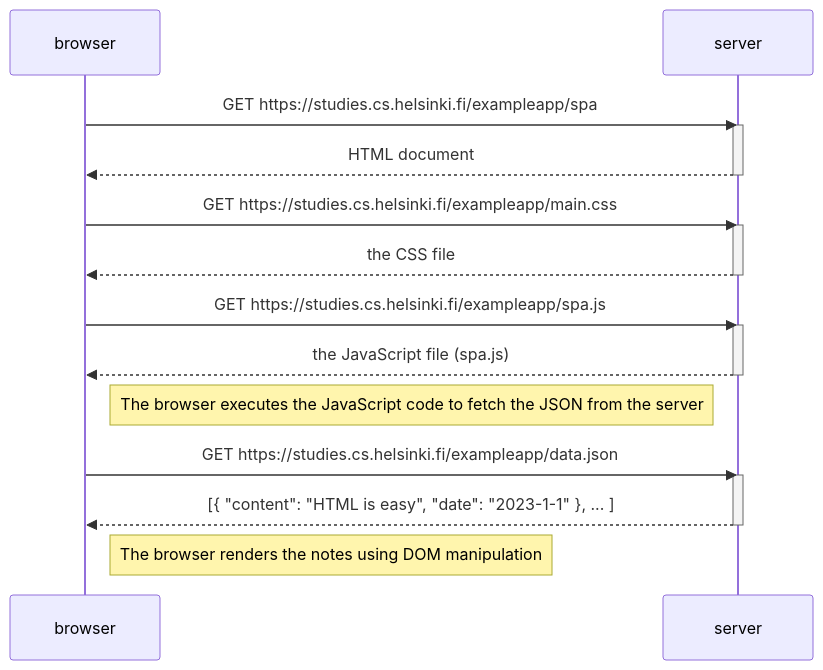
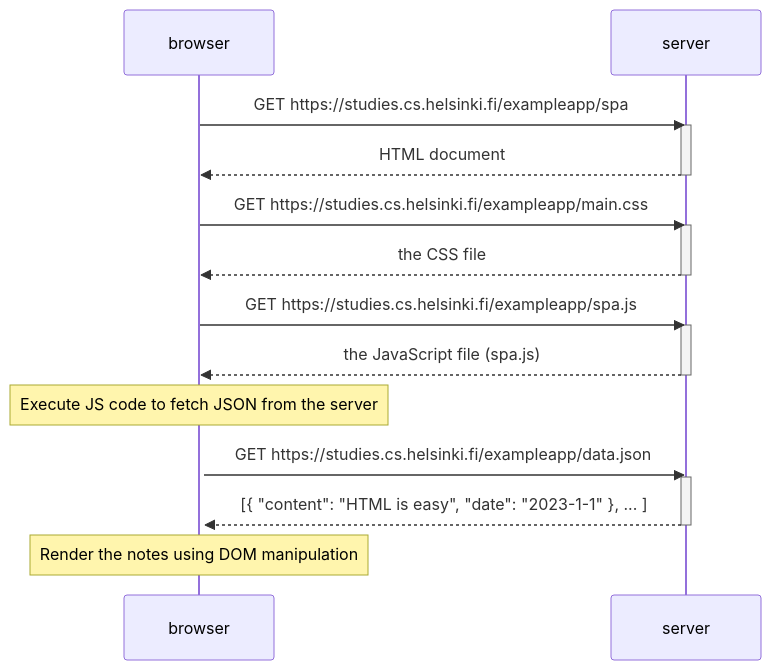
Before and after one commit to codedstrings/full-stack-open: the diagram in part-0/Exercise 0.5.md, drawn with Mermaid.

Commit message:
Update Exercise 0.5.md
use 'note over' instead of 'note right of'

````diff
--- a/part-0/Exercise 0.5.md
+++ b/part-0/Exercise 0.5.md
@@ -1,30 +1,31 @@
 ```mermaid
 sequenceDiagram
     participant browser
     participant server
 
     browser->>server: GET https://studies.cs.helsinki.fi/exampleapp/spa
     activate server
     server-->>browser: HTML document
     deactivate server
 
     browser->>server: GET https://studies.cs.helsinki.fi/exampleapp/main.css
     activate server
     server-->>browser: the CSS file
     deactivate server
 
     browser->>server: GET https://studies.cs.helsinki.fi/exampleapp/spa.js
     activate server
     server-->>browser: the JavaScript file (spa.js)
     deactivate server
 
-    Note right of browser: The browser executes the JavaScript code to fetch the JSON from the server
+    activate browser
+    Note over browser: Execute JS code to fetch JSON from the server
 
     browser->>server: GET https://studies.cs.helsinki.fi/exampleapp/data.json
     activate server
     server-->>browser: [{ "content": "HTML is easy", "date": "2023-1-1" }, ... ]
     deactivate server
 
-    Note right of browser: The browser renders the notes using DOM manipulation
-
+    activate browser
+    Note over browser: Render the notes using DOM manipulation
 ```
````
